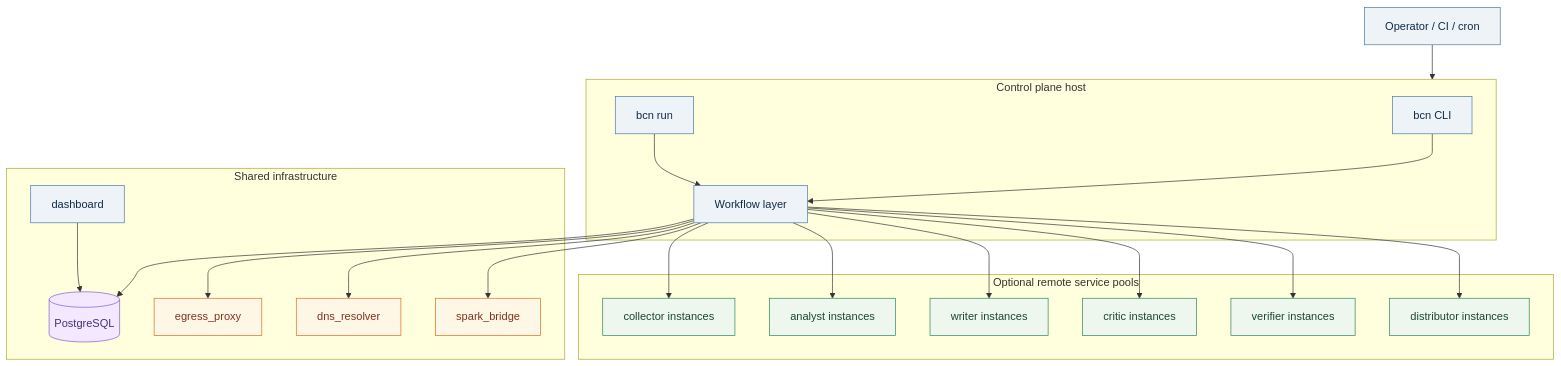
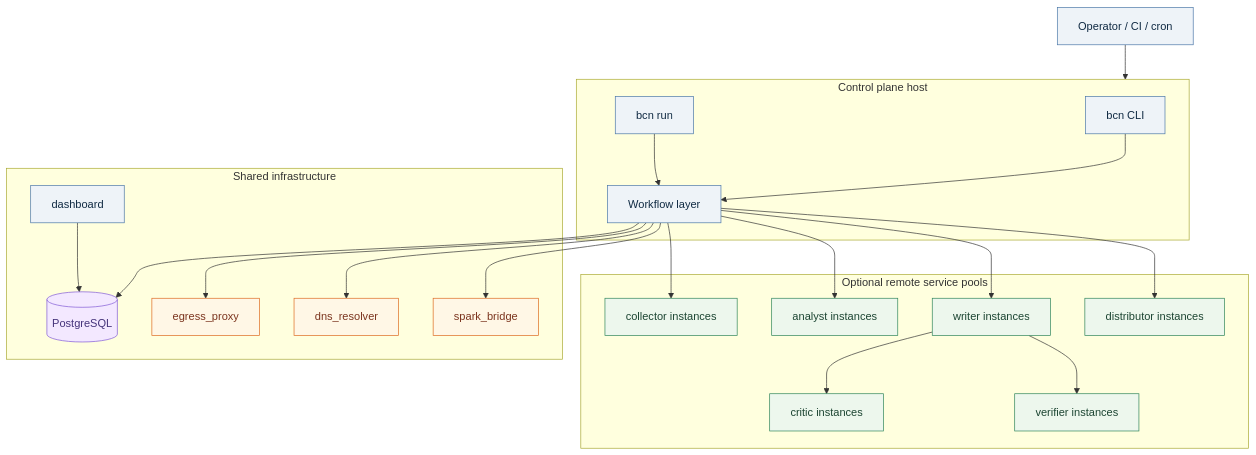
Before and after one commit to andreyka/broken-cloud-news: the second of 3 diagrams in README.md, drawn with Mermaid. The commit also changed other lines of this file, not shown here.

Commit message:
Refresh README for current service architecture

````diff
--- a/README.md
+++ b/README.md
@@ -96,47 +96,47 @@
 ```mermaid
 flowchart TB
     classDef node fill:#eef3f8,stroke:#4c78a8,color:#102a43
     classDef svc fill:#edf7ed,stroke:#2f855a,color:#1c4532
     classDef db fill:#f3e8ff,stroke:#805ad5,color:#44337a
     classDef infra fill:#fff7e6,stroke:#dd6b20,color:#7b341e
 
     Operator["Operator / CI / cron"]:::node --> ControlPlane
 
     subgraph ControlPlane["Control plane host"]
         CLI2["bcn CLI"]:::node
         Daemon["bcn run"]:::node
         LocalWorkflow["Workflow layer"]:::node
         CLI2 --> LocalWorkflow
         Daemon --> LocalWorkflow
     end
 
     subgraph ServicePool["Optional remote service pools"]
         CollectorPool["collector instances"]:::svc
         AnalystPool["analyst instances"]:::svc
         WriterPool["writer instances"]:::svc
         CriticPool["critic instances"]:::svc
         VerifierPool["verifier instances"]:::svc
         DistributorPool["distributor instances"]:::svc
     end
 
     subgraph SharedInfra["Shared infrastructure"]
         PG[("PostgreSQL")]:::db
         Dash["dashboard"]:::node
         Proxy["egress_proxy"]:::infra
         DNS["dns_resolver"]:::infra
         Bridge["spark_bridge"]:::infra
     end
 
     LocalWorkflow --> CollectorPool
     LocalWorkflow --> AnalystPool
     LocalWorkflow --> WriterPool
-    LocalWorkflow --> CriticPool
-    LocalWorkflow --> VerifierPool
     LocalWorkflow --> DistributorPool
+    WriterPool --> CriticPool
+    WriterPool --> VerifierPool
 
     LocalWorkflow --> PG
     Dash --> PG
     LocalWorkflow --> Proxy
     LocalWorkflow --> DNS
     LocalWorkflow --> Bridge
 ```
````
